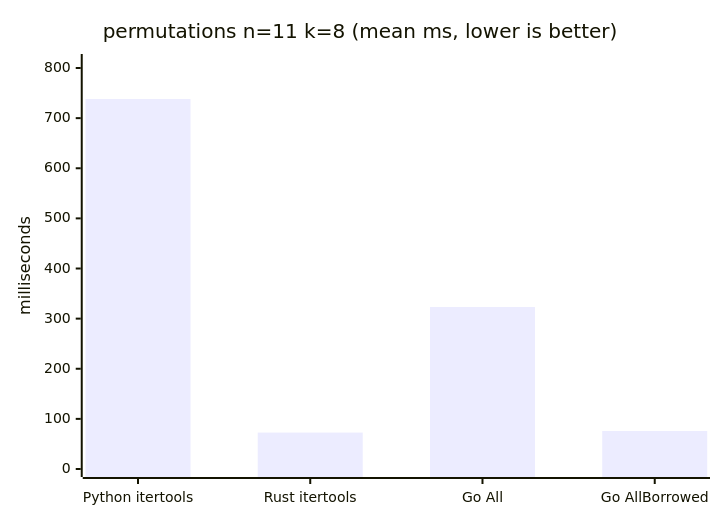
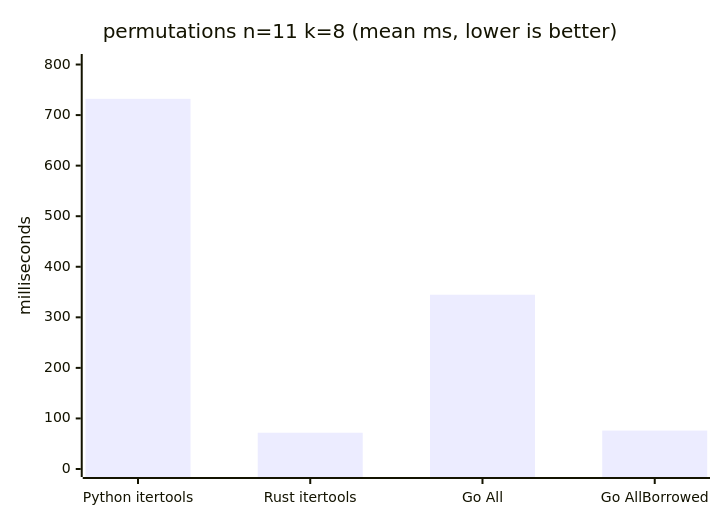
Before and after one commit to natemcintosh/gocombinatorics: the eighth of 10 diagrams in bench/RESULTS.md, drawn with Mermaid. The commit also changed other lines of this file and 1 other file, not shown here.

````diff
--- a/bench/RESULTS.md
+++ b/bench/RESULTS.md
@@ -190,7 +190,7 @@
 ```mermaid
 xychart-beta
     title "permutations n=11 k=8 (mean ms, lower is better)"
     x-axis ["Python itertools", "Rust itertools", "Go All", "Go AllBorrowed"]
-    y-axis "milliseconds" 0 --> 812
-    bar [738.1, 72.7, 323.1, 75.8]
+    y-axis "milliseconds" 0 --> 805
+    bar [732.2, 71.7, 344.7, 76.0]
 ```
````
